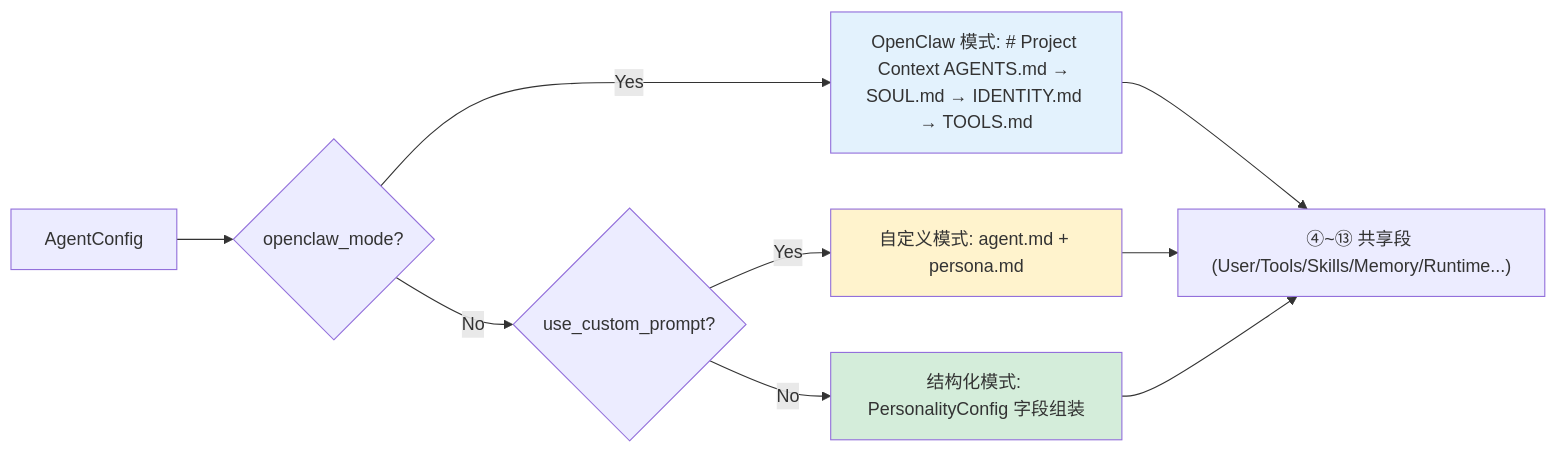
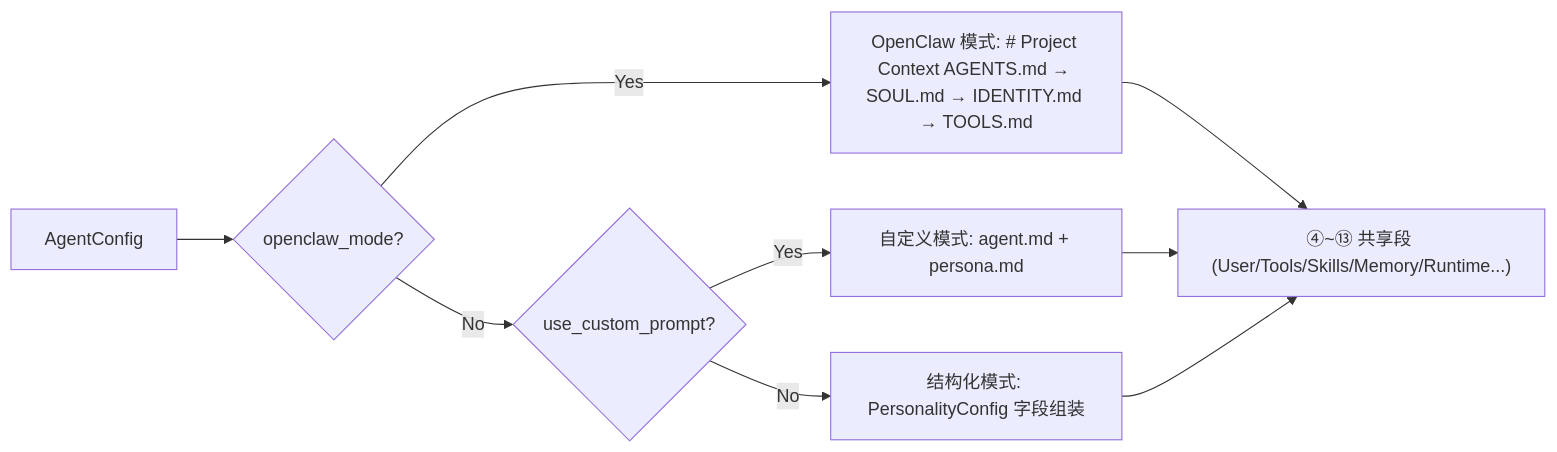
Before and after one commit to shiwenwen/hope-agent: the second of 4 diagrams in docs/architecture/prompt-system.md, drawn with Mermaid. The commit also changed other lines of this file and 13 other files, not shown here.

First line of the commit message:
docs: 移除 mermaid 图表中的自定义背景色填充

````diff
--- a/docs/architecture/prompt-system.md
+++ b/docs/architecture/prompt-system.md
@@ -61,14 +60,11 @@
 ```mermaid
 graph LR
     CFG["AgentConfig"] --> C1{"openclaw_mode?"}
     C1 -- Yes --> OC["OpenClaw 模式: # Project Context AGENTS.md → SOUL.md → IDENTITY.md → TOOLS.md"]
     C1 -- No --> C2{"use_custom_prompt?"}
     C2 -- Yes --> CP["自定义模式: agent.md + persona.md"]
     C2 -- No --> ST["结构化模式: PersonalityConfig 字段组装"]
     OC --> REST["④~⑬ 共享段 (User/Tools/Skills/Memory/Runtime...)"]
     CP --> REST
     ST --> REST
-    style OC fill:#e3f2fd
-    style CP fill:#fff3cd
-    style ST fill:#d4edda
 ```
````
